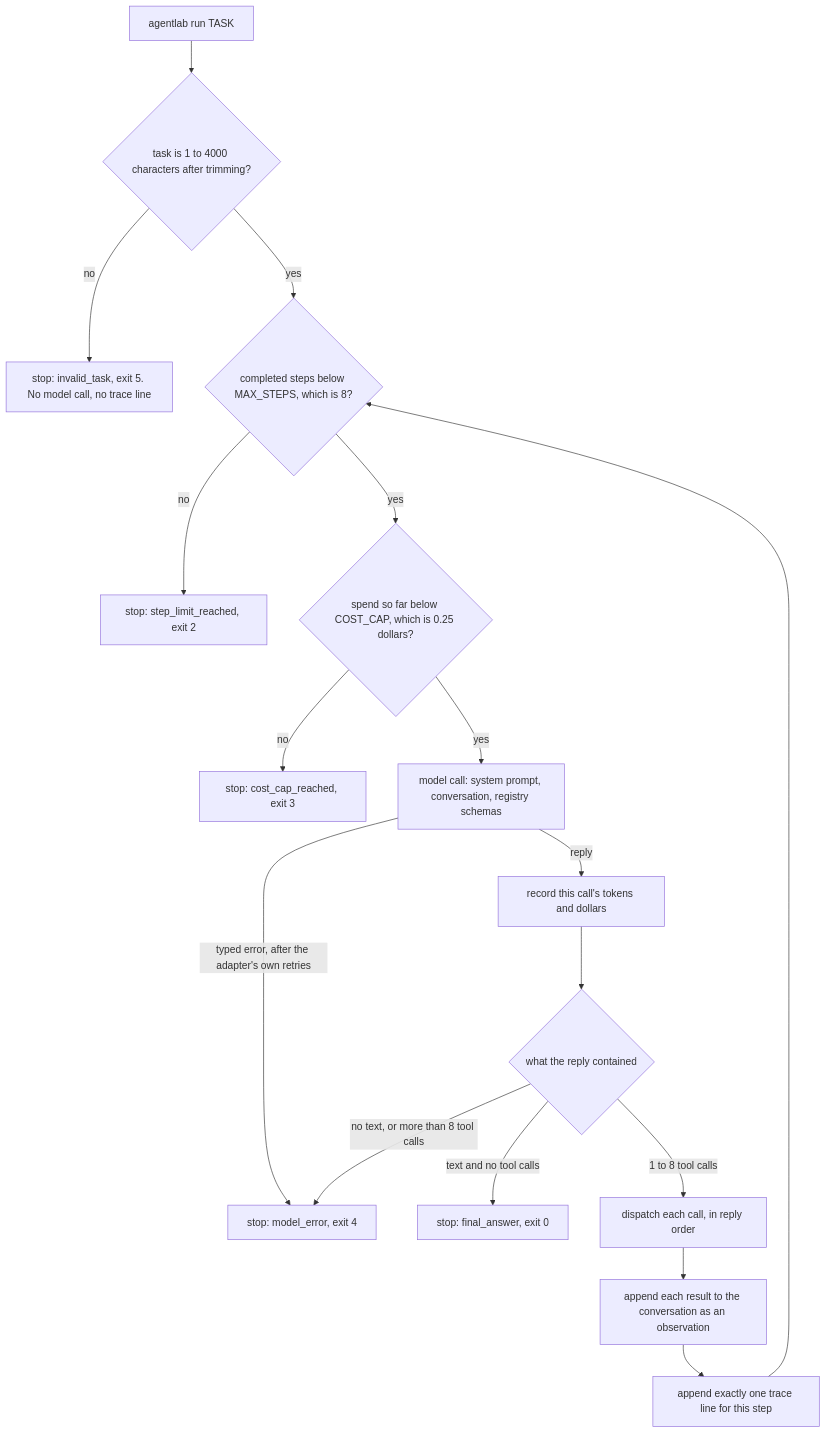
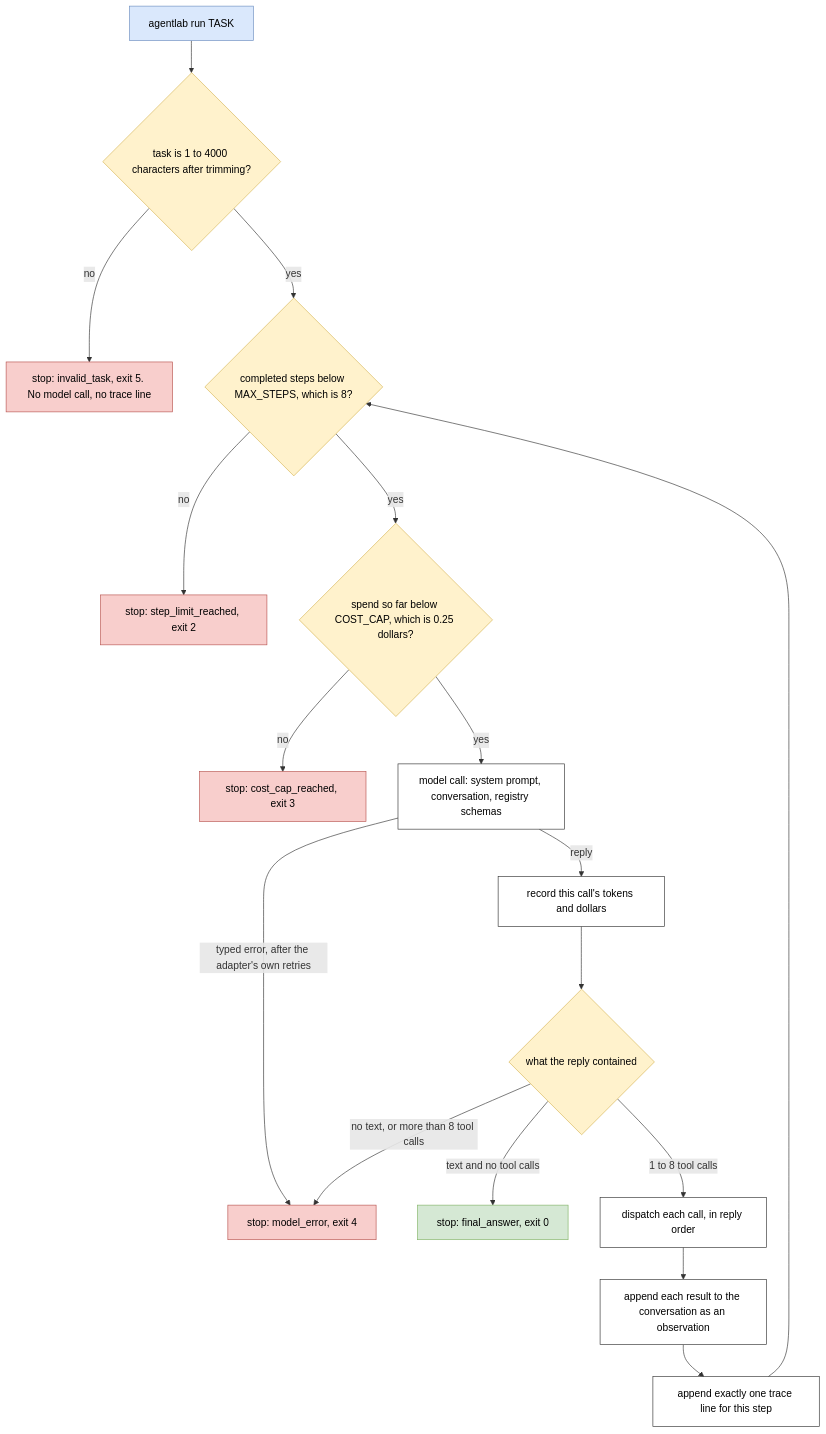
The first of 2 diagrams in README.md (Iddrisusalima/agent-lab), drawn with Mermaid before and after one commit. The commit also changed other lines of this file, not shown here.

First line of the commit message:
docs: colour the README diagrams to match the draw.io palette

````diff
--- a/README.md
+++ b/README.md
@@ -136,19 +136,31 @@
 ```mermaid
 flowchart TD
     Task["agentlab run TASK"] --> Valid{"task is 1 to 4000 characters after trimming?"}
     Valid -->|no| Invalid["stop: invalid_task, exit 5. No model call, no trace line"]
     Valid -->|yes| StepBound{"completed steps below MAX_STEPS, which is 8?"}
     StepBound -->|no| Limit["stop: step_limit_reached, exit 2"]
     StepBound -->|yes| CostBound{"spend so far below COST_CAP, which is 0.25 dollars?"}
     CostBound -->|no| Capped["stop: cost_cap_reached, exit 3"]
     CostBound -->|yes| Call["model call: system prompt, conversation, registry schemas"]
     Call -->|"typed error, after the adapter's own retries"| Failed["stop: model_error, exit 4"]
     Call -->|reply| Spend["record this call's tokens and dollars"]
     Spend --> Reply{"what the reply contained"}
     Reply -->|"text and no tool calls"| Answer["stop: final_answer, exit 0"]
     Reply -->|"no text, or more than 8 tool calls"| Failed
     Reply -->|"1 to 8 tool calls"| Dispatch["dispatch each call, in reply order"]
     Dispatch --> Observe["append each result to the conversation as an observation"]
     Observe --> Line["append exactly one trace line for this step"]
     Line --> StepBound
+
+    class Task entry
+    class Valid,StepBound,CostBound,Reply decision
+    class Invalid,Limit,Capped,Failed fail
+    class Answer success
+    class Call,Spend,Dispatch,Observe,Line step
+
+    classDef entry fill:#dae8fc,stroke:#6c8ebf,stroke-width:1px,color:#000
+    classDef decision fill:#fff2cc,stroke:#d6b656,stroke-width:1px,color:#000
+    classDef fail fill:#f8cecc,stroke:#b85450,stroke-width:1px,color:#000
+    classDef success fill:#d5e8d4,stroke:#82b366,stroke-width:1px,color:#000
+    classDef step fill:#ffffff,stroke:#333333,stroke-width:1px,color:#000
 ```
````
